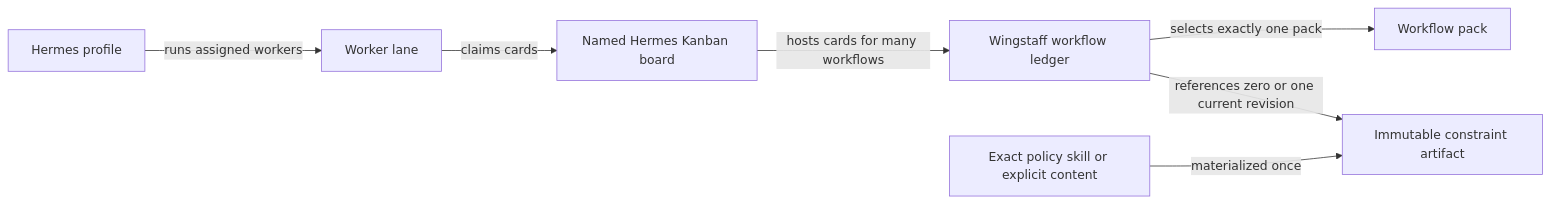
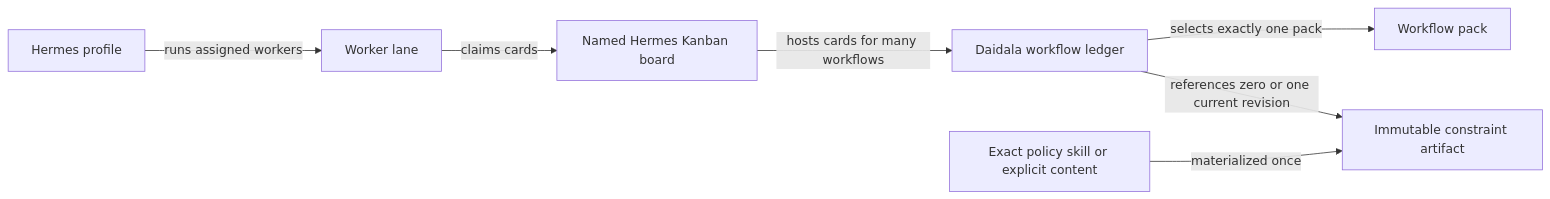
One commit to forgegod/daidala changed the second of 3 diagrams in docs/01-architecture.md. Above: the diagram before and after it, drawn with Mermaid. The commit also changed other lines of this file and 28 other files, not shown here.

````diff
--- a/docs/01-architecture.md
+++ b/docs/01-architecture.md
@@ -90,9 +90,9 @@
 ```mermaid
 flowchart LR
     HP["Hermes profile"] -->|"runs assigned workers"| WL["Worker lane"]
     WL -->|"claims cards"| KB["Named Hermes Kanban board"]
-    KB -->|"hosts cards for many workflows"| WF["Wingstaff workflow ledger"]
+    KB -->|"hosts cards for many workflows"| WF["Daidala workflow ledger"]
     WF -->|"selects exactly one pack"| PK["Workflow pack"]
     WF -->|"references zero or one current revision"| CA["Immutable constraint artifact"]
     PS["Exact policy skill or explicit content"] -->|"materialized once"| CA
 ```
````
